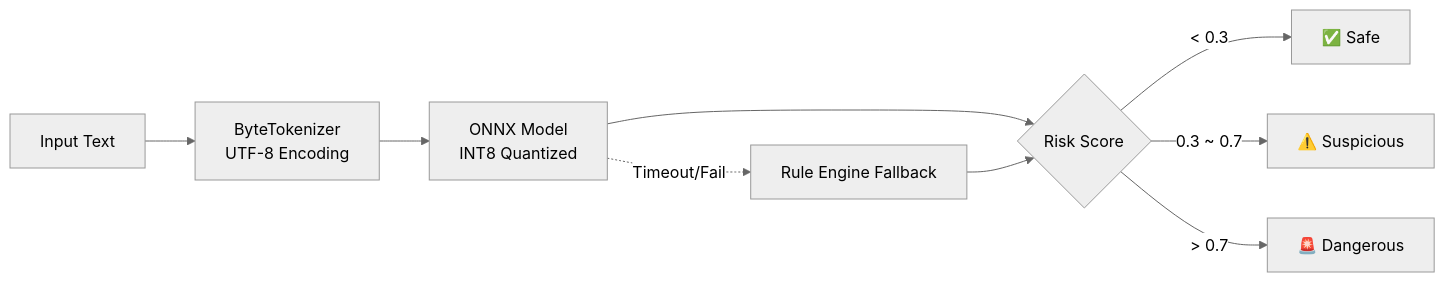
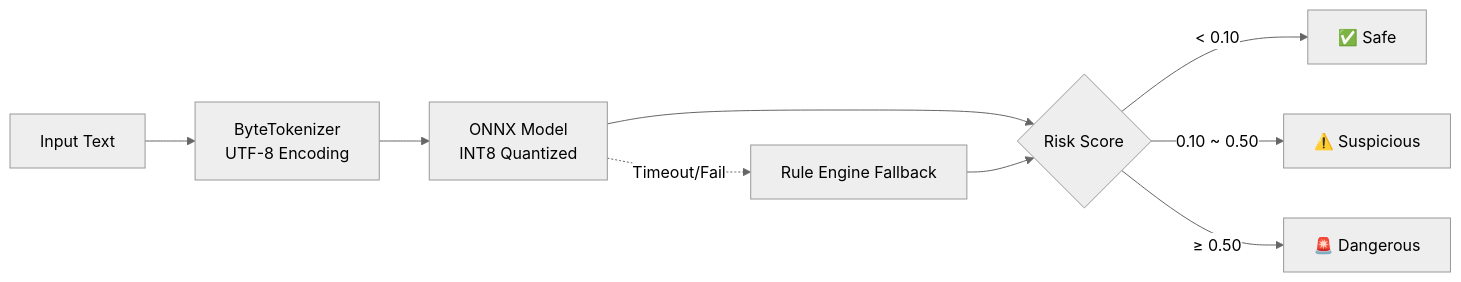
One commit to Tianshang301/TianshangGuard changed the second of 3 diagrams in README.md. Above: the diagram before and after it, drawn with Mermaid (neutral theme). The commit also changed other lines of this file and 1 other file, not shown here.

````diff
--- a/README.md
+++ b/README.md
@@ -73,11 +74,11 @@
 ```mermaid
 flowchart LR
     A[Input Text] --> B[ByteTokenizer<br/>UTF-8 Encoding]
     B --> C[ONNX Model<br/>INT8 Quantized]
     C --> D{Risk Score}
-    D -->|< 0.3| E[✅ Safe]
-    D -->|0.3 ~ 0.7| F[⚠️ Suspicious]
-    D -->|> 0.7| G[🚨 Dangerous]
+    D -->|< 0.10| E[✅ Safe]
+    D -->|0.10 ~ 0.50| F[⚠️ Suspicious]
+    D -->|≥ 0.50| G[🚨 Dangerous]
     C -.->|Timeout/Fail| H[Rule Engine Fallback]
     H --> D
 ```
````
